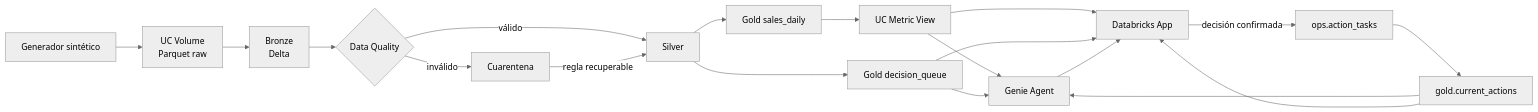
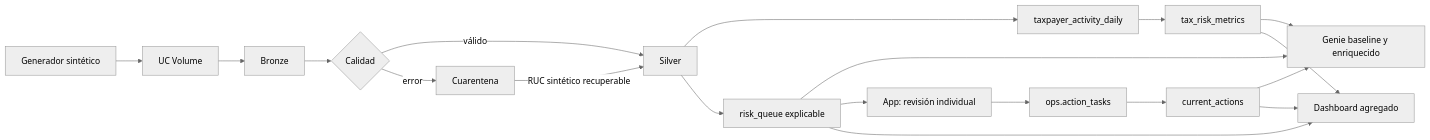
Before and after one commit to freddy-perezv/Workshops: the diagram in genie-agents/apps/docs/ARCHITECTURE.md, drawn with Mermaid (neutral theme). The commit also changed other lines of this file and 41 other files, not shown here.

First line of the commit message:
Adapt the workshop from Pulso Retail to Radar Tributario for tax-risk triage.

````diff
--- a/genie-agents/apps/docs/ARCHITECTURE.md
+++ b/genie-agents/apps/docs/ARCHITECTURE.md
@@ -5,21 +8,21 @@
 ```mermaid
 flowchart LR
-    A[Generador sintético] --> B[UC Volume<br/>Parquet raw]
-    B --> C[Bronze<br/>Delta]
-    C --> D{Data Quality}
-    D -->|válido| E[Silver]
-    D -->|inválido| F[Cuarentena]
-    F -->|regla recuperable| E
-    E --> G[Gold sales_daily]
-    E --> H[Gold decision_queue]
-    G --> I[UC Metric View]
-    I --> J[Genie Agent]
-    H --> J
-    I --> K[Databricks App]
-    H --> K
-    J --> K
-    K -->|decisión confirmada| L[ops.action_tasks]
-    L --> M[gold.current_actions]
-    M --> J
-    M --> K
+  A[Generador sintético] --> B[UC Volume]
+  B --> C[Bronze]
+  C --> D{Calidad}
+  D -->|válido| E[Silver]
+  D -->|error| F[Cuarentena]
+  F -->|RUC sintético recuperable| E
+  E --> G[taxpayer_activity_daily]
+  G --> H[tax_risk_metrics]
+  E --> I[risk_queue explicable]
+  H --> J[Genie baseline y enriquecido]
+  I --> J
+  I --> K[App: revisión individual]
+  K --> L[ops.action_tasks]
+  L --> M[current_actions]
+  H --> N[Dashboard agregado]
+  I --> N
+  M --> J
+  M --> N
 ```
````
